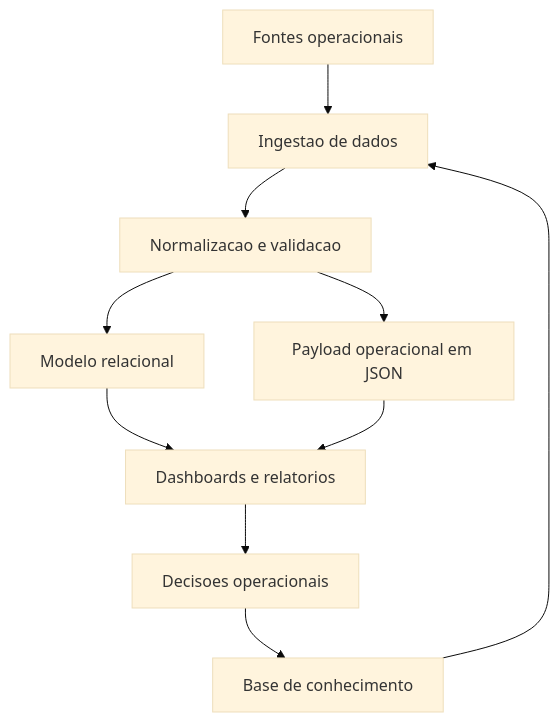
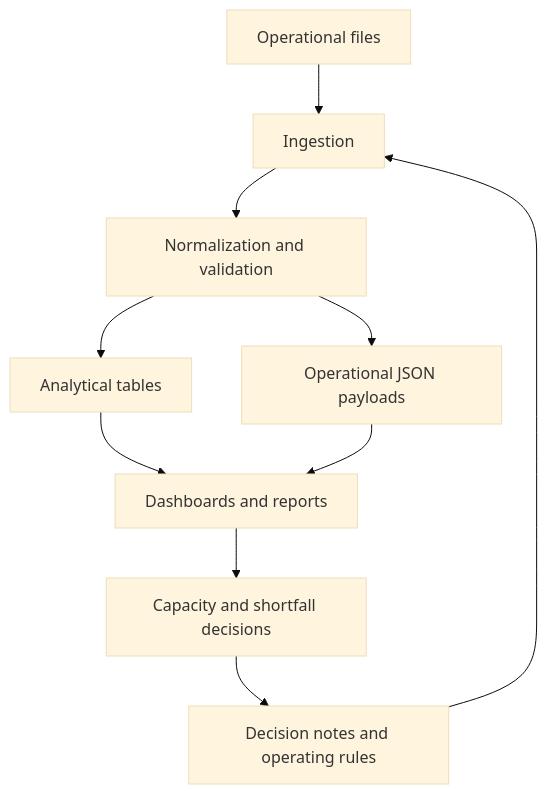
Before and after one commit to fabricionettto-commits/Obsidian_Cerebro_Operacional: the diagram in README.md, drawn with Mermaid (base theme). The commit also changed other lines of this file, not shown here.

Commit message:
Reframe architecture as operational intelligence

````diff
--- a/README.md
+++ b/README.md
@@ -31,12 +37,12 @@
 ```mermaid
 flowchart TD
-    A[Fontes operacionais] --> B[Ingestao de dados]
-    B --> C[Normalizacao e validacao]
-    C --> D[Modelo relacional]
-    C --> E[Payload operacional em JSON]
-    D --> F[Dashboards e relatorios]
+    A[Operational files] --> B[Ingestion]
+    B --> C[Normalization and validation]
+    C --> D[Analytical tables]
+    C --> E[Operational JSON payloads]
+    D --> F[Dashboards and reports]
     E --> F
-    F --> G[Decisoes operacionais]
-    G --> H[Base de conhecimento]
+    F --> G[Capacity and shortfall decisions]
+    G --> H[Decision notes and operating rules]
     H --> B
 ```
````
